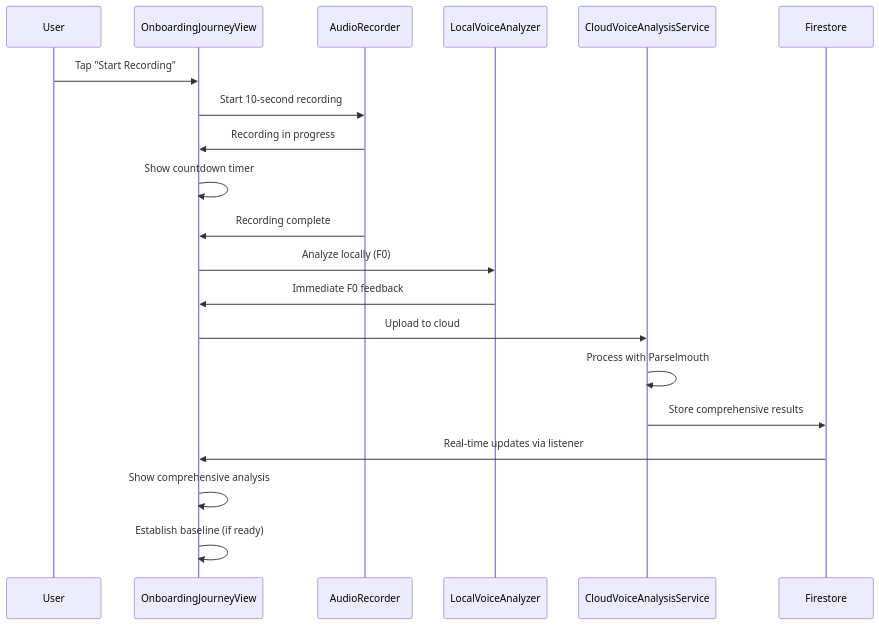
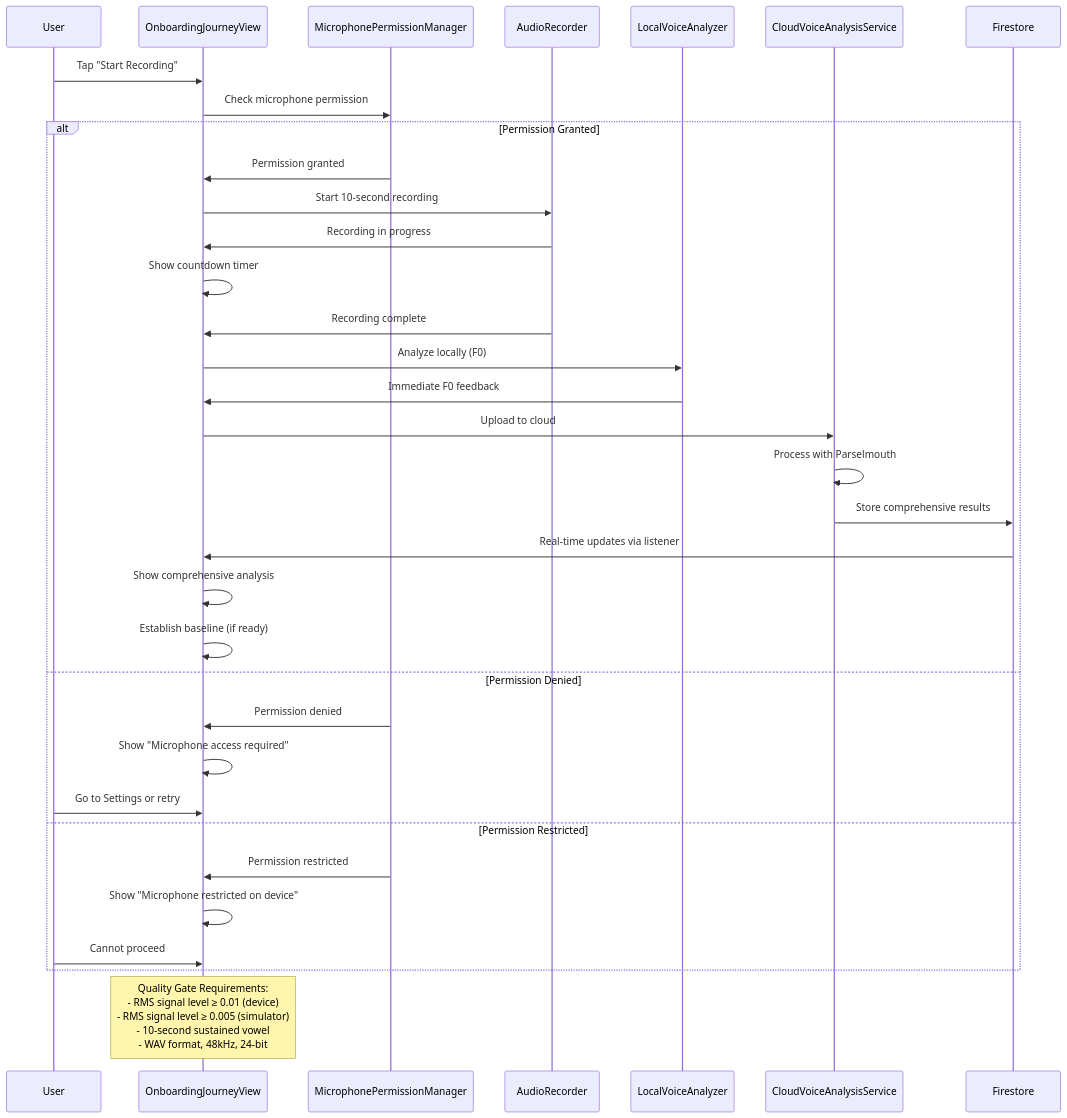
One commit to PoisonIvory/sage changed the sixth of 18 diagrams in USER_JOURNEY.md. Above: the diagram before and after it, drawn with Mermaid. The commit also changed other lines of this file, not shown here.

Commit message:
Add detailed user journey requirements and validation flows

````diff
--- a/USER_JOURNEY.md
+++ b/USER_JOURNEY.md
@@ -136,26 +230,42 @@
 ```mermaid
 sequenceDiagram
     participant U as User
     participant O as OnboardingJourneyView
+    participant M as MicrophonePermissionManager
     participant R as AudioRecorder
     participant L as LocalVoiceAnalyzer
     participant C as CloudVoiceAnalysisService
     participant F as Firestore
     
     U->>O: Tap "Start Recording"
-    O->>R: Start 10-second recording
-    R->>O: Recording in progress
-    O->>O: Show countdown timer
+    O->>M: Check microphone permission
     
-    R->>O: Recording complete
-    O->>L: Analyze locally (F0)
-    L->>O: Immediate F0 feedback
+    alt Permission Granted
+        M->>O: Permission granted
+        O->>R: Start 10-second recording
+        R->>O: Recording in progress
+        O->>O: Show countdown timer
+        
+        R->>O: Recording complete
+        O->>L: Analyze locally (F0)
+        L->>O: Immediate F0 feedback
+        
+        O->>C: Upload to cloud
+        C->>C: Process with Parselmouth
+        C->>F: Store comprehensive results
+        F->>O: Real-time updates via listener
+        
+        O->>O: Show comprehensive analysis
+        O->>O: Establish baseline (if ready)
+    else Permission Denied
+        M->>O: Permission denied
+        O->>O: Show "Microphone access required"
+        U->>O: Go to Settings or retry
+    else Permission Restricted
+        M->>O: Permission restricted
+        O->>O: Show "Microphone restricted on device"
+        U->>O: Cannot proceed
+    end
     
-    O->>C: Upload to cloud
-    C->>C: Process with Parselmouth
-    C->>F: Store comprehensive results
-    F->>O: Real-time updates via listener
-    
-    O->>O: Show comprehensive analysis
-    O->>O: Establish baseline (if ready)
+    Note over O: Quality Gate Requirements:<br/>- RMS signal level ≥ 0.01 (device)<br/>- RMS signal level ≥ 0.005 (simulator)<br/>- 10-second sustained vowel<br/>- WAV format, 48kHz, 24-bit
 ```
````
